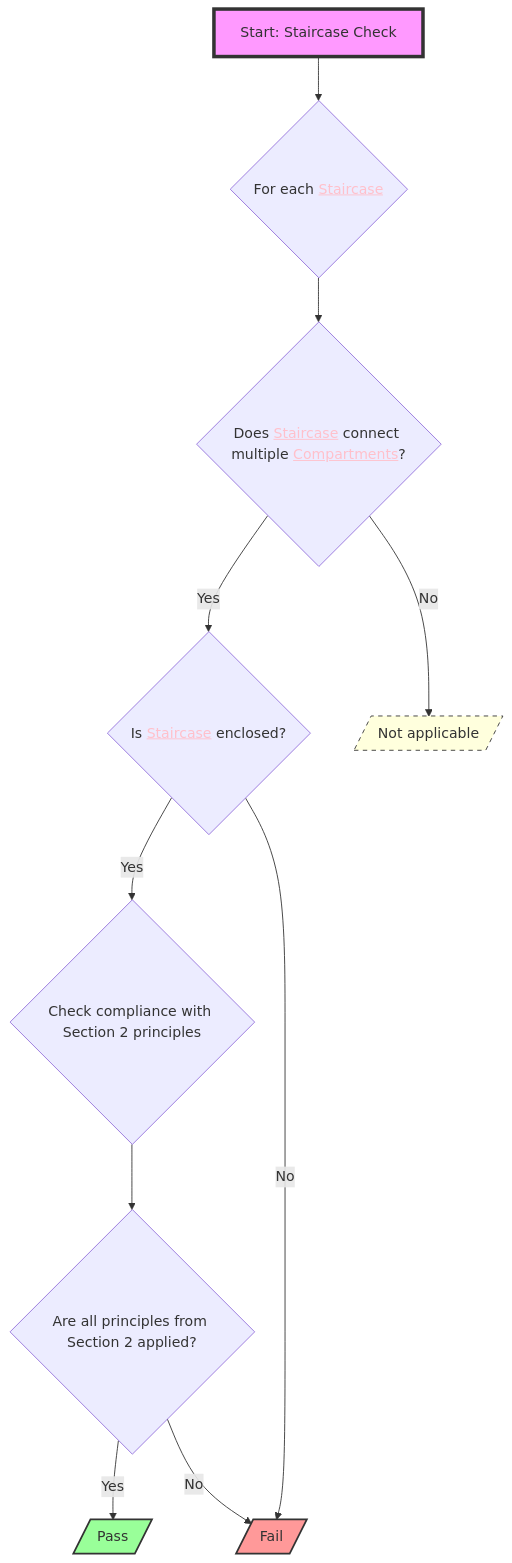
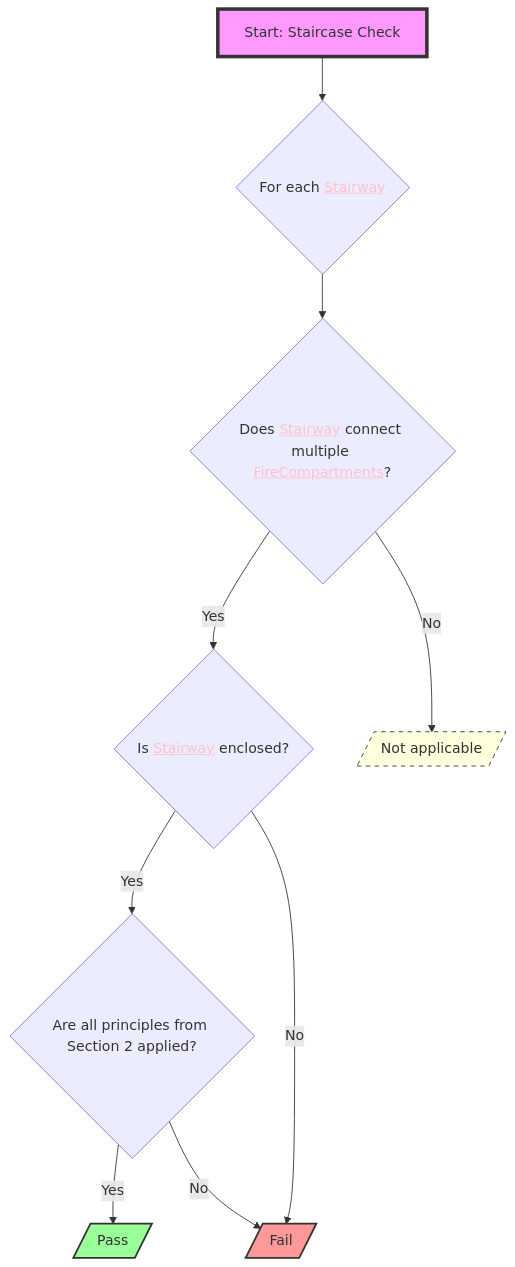
One commit to CedricDriesen92/RulebookProcessing changed the diagram in trainingsamplesRuleToMMD/section_4_2_1.mmd. Above: the diagram before and after it, drawn with Mermaid. The commit also changed 16 other files, not shown here.

```diff
--- a/trainingsamplesRuleToMMD/section_4_2_1.mmd
+++ b/trainingsamplesRuleToMMD/section_4_2_1.mmd
@@ -1,20 +1,19 @@
 flowchart TD
-    S1["Start: Staircase Check"] --> A{"For each <a href='http://example.com/firebimbuilding#Staircase' style='color:pink;'>Staircase</a>"}
-    A --> B{"Does <a href='http://example.com/firebimbuilding#Staircase' style='color:pink;'>Staircase</a> connect multiple <a href='http://example.com/firebimbuilding#Compartment' style='color:pink;'>Compartments</a>?"}
-    B -- Yes --> C{"Is <a href='http://example.com/firebimbuilding#Staircase' style='color:pink;'>Staircase</a> enclosed?"}
-    C -- Yes --> D{"Check compliance with Section 2 principles"}
-    D --> E{"Are all principles from Section 2 applied?"}
+    S1["Start: Staircase Check"] --> A{"For each <a href='http://example.com/firebimbuilding#Stairway' style='color:pink;'>Stairway</a>"}
+    A --> B{"Does <a href='http://example.com/firebimbuilding#Stairway' style='color:pink;'>Stairway</a> connect multiple <a href='http://example.com/firebimbuilding#FireCompartment' style='color:pink;'>FireCompartments</a>?"}
+    B -- Yes --> C{"Is <a href='http://example.com/firebimbuilding#Stairway' style='color:pink;'>Stairway</a> enclosed?"}
+    C -- Yes --> E{"Are all principles from Section 2 applied?"}
     E -- Yes --> F[/"Pass"/]
     E -- No --> G[/"Fail"/]
     C -- No --> G
     B -- No --> H[/"Not applicable"/]
 
     S1:::startClass
     F:::passClass
     G:::failClass
     H:::noteClass
 
     classDef startClass fill:#f9f,stroke:#333,stroke-width:4px
     classDef passClass fill:#9f9,stroke:#333,stroke-width:2px
     classDef failClass fill:#f99,stroke:#333,stroke-width:2px
     classDef noteClass fill:#ffd,stroke:#333,stroke-width:1px,stroke-dasharray: 5 5
```
